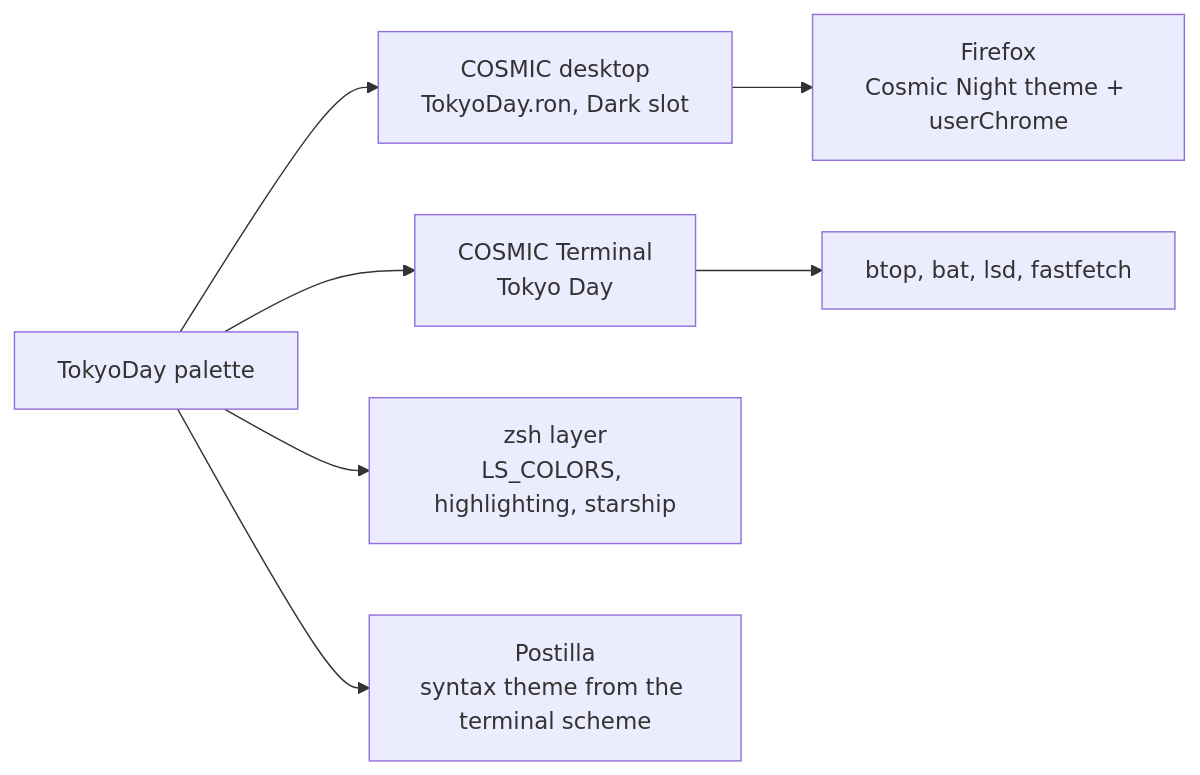
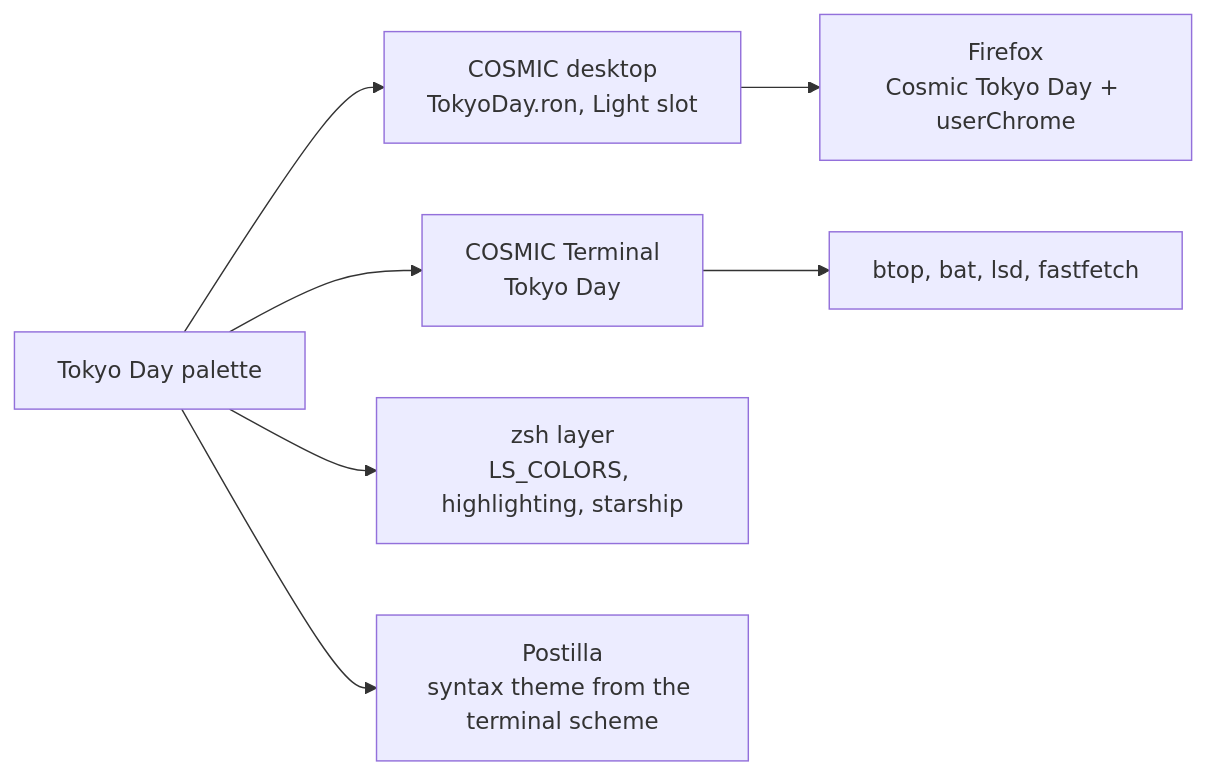
Before and after one commit to atraxsrc/cosmic-tokyoday-theme: the diagram in docs/showcase.md, drawn with Mermaid. The commit also changed other lines of this file and 1 other file, not shown here.

Commit message:
docs: Tokyo Day README and showcase

````diff
--- a/docs/showcase.md
+++ b/docs/showcase.md
@@ -28,9 +29,9 @@
 ```mermaid
 flowchart LR
-    P[TokyoDay palette] --> D[COSMIC desktop<br/>TokyoDay.ron, Dark slot]
+    P[Tokyo Day palette] --> D[COSMIC desktop<br/>TokyoDay.ron, Light slot]
     P --> T[COSMIC Terminal<br/>Tokyo Day]
     P --> S[zsh layer<br/>LS_COLORS, highlighting, starship]
     P --> E[Postilla<br/>syntax theme from the terminal scheme]
     T --> B[btop, bat, lsd, fastfetch]
-    D --> F[Firefox<br/>Cosmic Night theme + userChrome]
+    D --> F[Firefox<br/>Cosmic Tokyo Day + userChrome]
 ```
````
